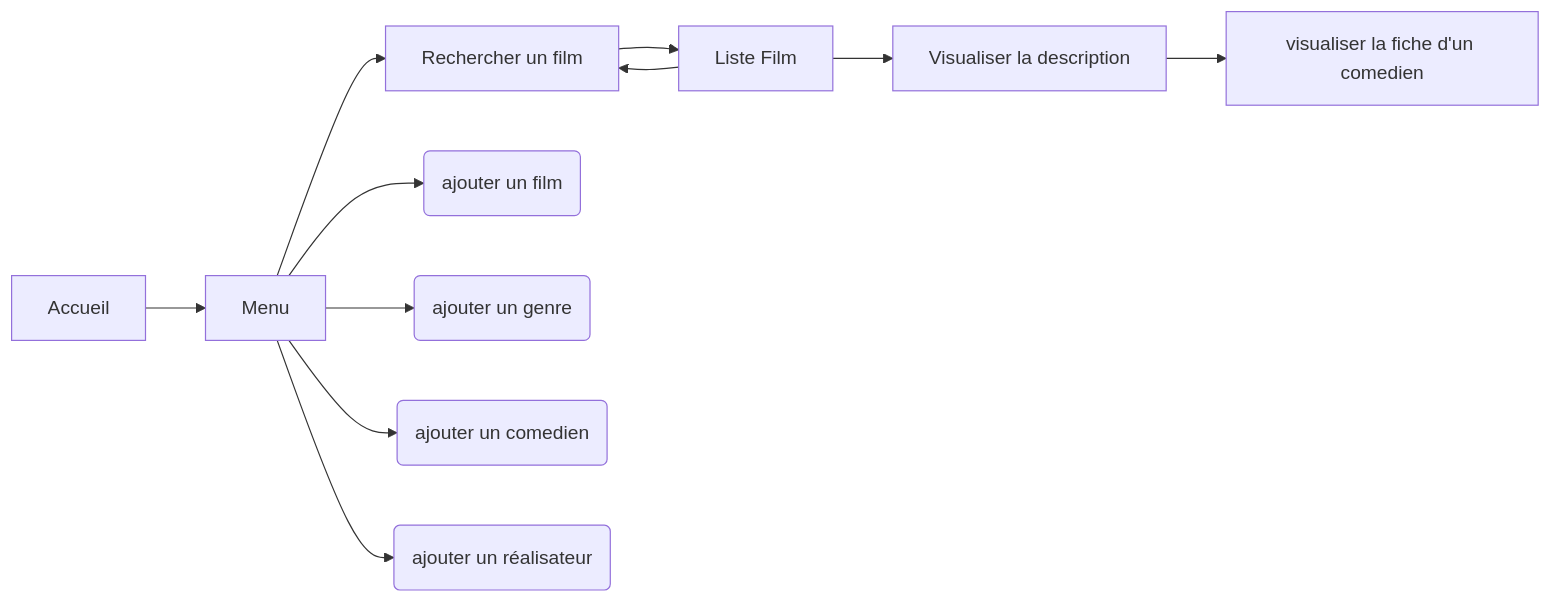
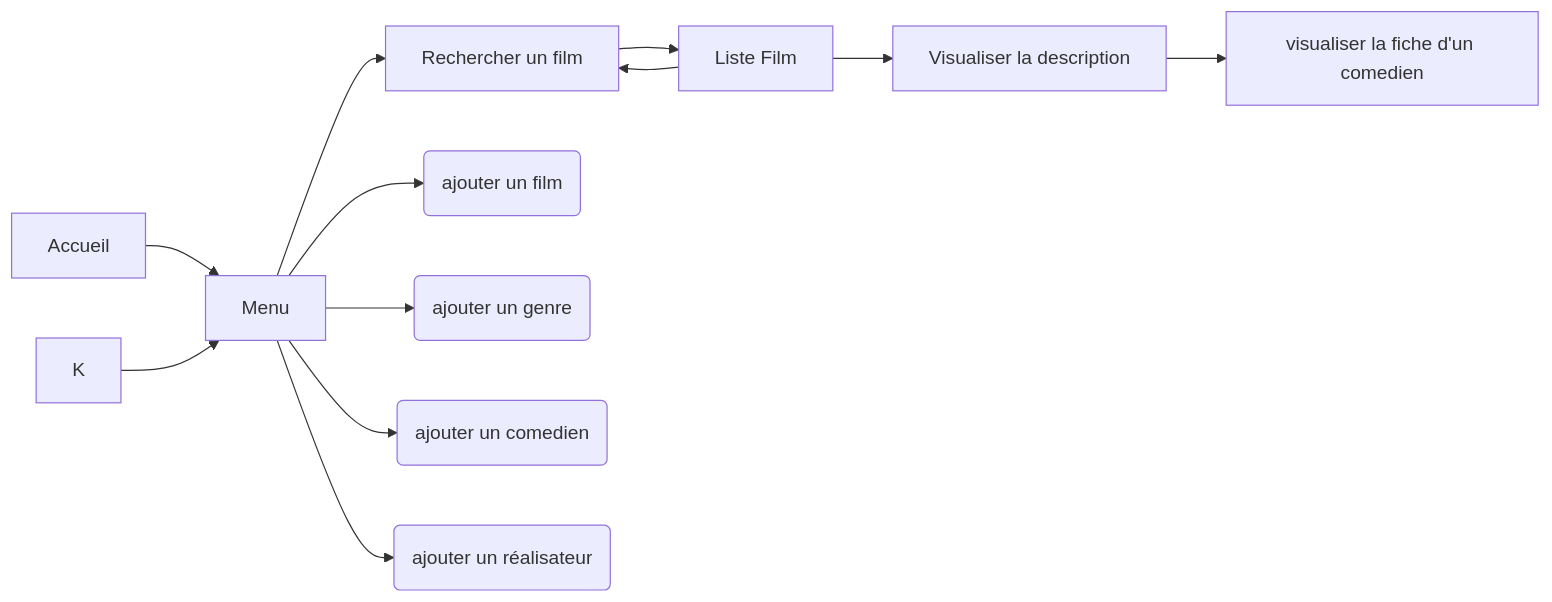
The first of 3 diagrams in README.md (Remynder0/cours_BUT_24-25), drawn with Mermaid before and after one commit. The commit also changed other lines of this file, not shown here.

````diff
--- a/README.md
+++ b/README.md
@@ -120,21 +120,22 @@
 ```mermaid
 graph LR
 
 A[Accueil]
 B[Visualiser la description]
 C[Rechercher un film]
 D[Liste Film] 
 E[Menu]
 J[visualiser la fiche d'un comedien]
 F(ajouter un film)
 G(ajouter un genre) 
 H(ajouter un comedien) 
 I(ajouter un réalisateur)
 
 A --> E --> C --> D --> B --> J
 D --> C
 E --> F
 E --> G
 E --> H
 E --> I
+K --> E
 ```
````
